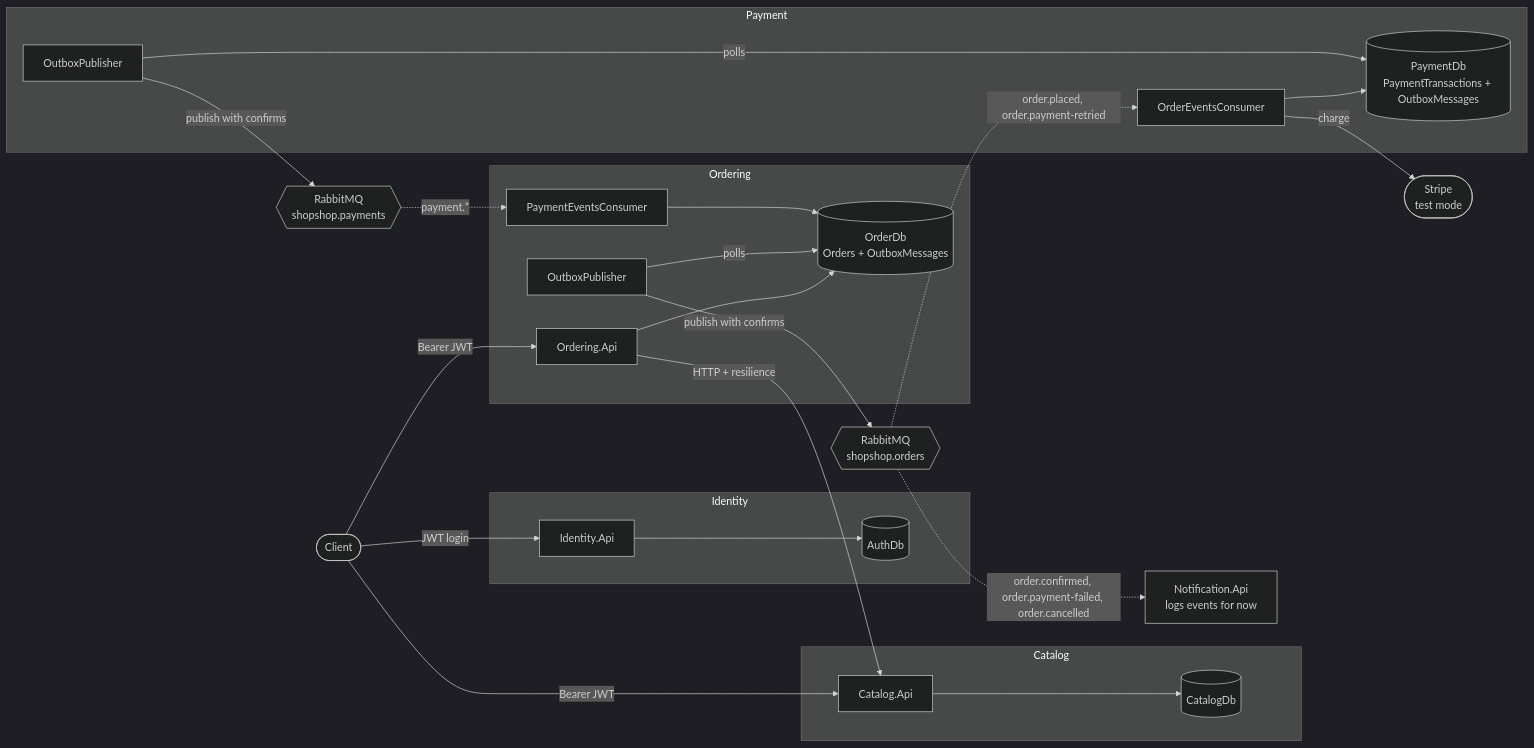
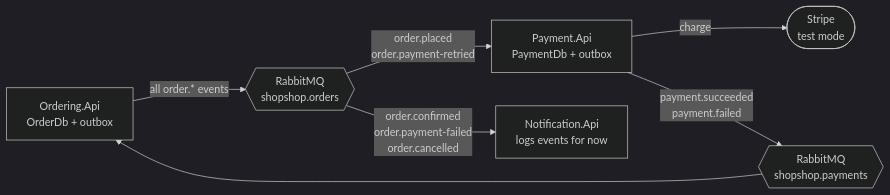
The second of 8 diagrams in docs/architecture.md (gurungsh/shopshop), drawn with Mermaid (dark theme) before and after one commit. The commit also changed other lines of this file and 17 other files, not shown here.

````diff
--- a/docs/architecture.md
+++ b/docs/architecture.md
@@ -43,50 +104,16 @@
 ```mermaid
 flowchart LR
-    client([Client])
+    ordering["Ordering.Api<br/>OrderDb + outbox"]
+    ordersX{{"RabbitMQ<br/>shopshop.orders"}}
+    payment["Payment.Api<br/>PaymentDb + outbox"]
+    stripe(["Stripe<br/>test mode"])
+    paymentsX{{"RabbitMQ<br/>shopshop.payments"}}
+    notification["Notification.Api<br/>logs events for now"]
 
-    subgraph identity[Identity]
-        idApi[Identity.Api]
-        authDb[(AuthDb)]
-        idApi --> authDb
-    end
-
-    subgraph catalog[Catalog]
-        catApi[Catalog.Api]
-        catDb[(CatalogDb)]
-        catApi --> catDb
-    end
-
-    subgraph ordering[Ordering]
-        ordApi[Ordering.Api]
-        ordDb[(OrderDb<br/>Orders + OutboxMessages)]
-        ordOutbox[OutboxPublisher]
-        ordConsumer[PaymentEventsConsumer]
-        ordApi --> ordDb
-        ordOutbox -- polls --> ordDb
-        ordConsumer --> ordDb
-    end
-
-    subgraph payment[Payment]
-        payConsumer[OrderEventsConsumer]
-        payDb[(PaymentDb<br/>PaymentTransactions + OutboxMessages)]
-        payOutbox[OutboxPublisher]
-        payConsumer --> payDb
-        payOutbox -- polls --> payDb
-    end
-
-    orders{{RabbitMQ<br/>shopshop.orders}}
-    payments{{RabbitMQ<br/>shopshop.payments}}
-    stripe([Stripe<br/>test mode])
-    notification[Notification.Api<br/>logs events for now]
-
-    client -- JWT login --> idApi
-    client -- Bearer JWT --> catApi
-    client -- Bearer JWT --> ordApi
-    ordApi -- HTTP + resilience --> catApi
-    ordOutbox -- publish with confirms --> orders
-    orders -.->|"order.placed, order.payment-retried"| payConsumer
-    payConsumer -- charge --> stripe
-    payOutbox -- publish with confirms --> payments
-    payments -.->|"payment.*"| ordConsumer
-    orders -.->|"order.confirmed, order.payment-failed, order.cancelled"| notification
+    ordering -- "all order.* events" --> ordersX
+    ordersX -- "order.placed<br/>order.payment-retried" --> payment
+    payment -- "charge" --> stripe
+    payment -- "payment.succeeded<br/>payment.failed" --> paymentsX
+    paymentsX --> ordering
+    ordersX -- "order.confirmed<br/>order.payment-failed<br/>order.cancelled" --> notification
 ```
````
